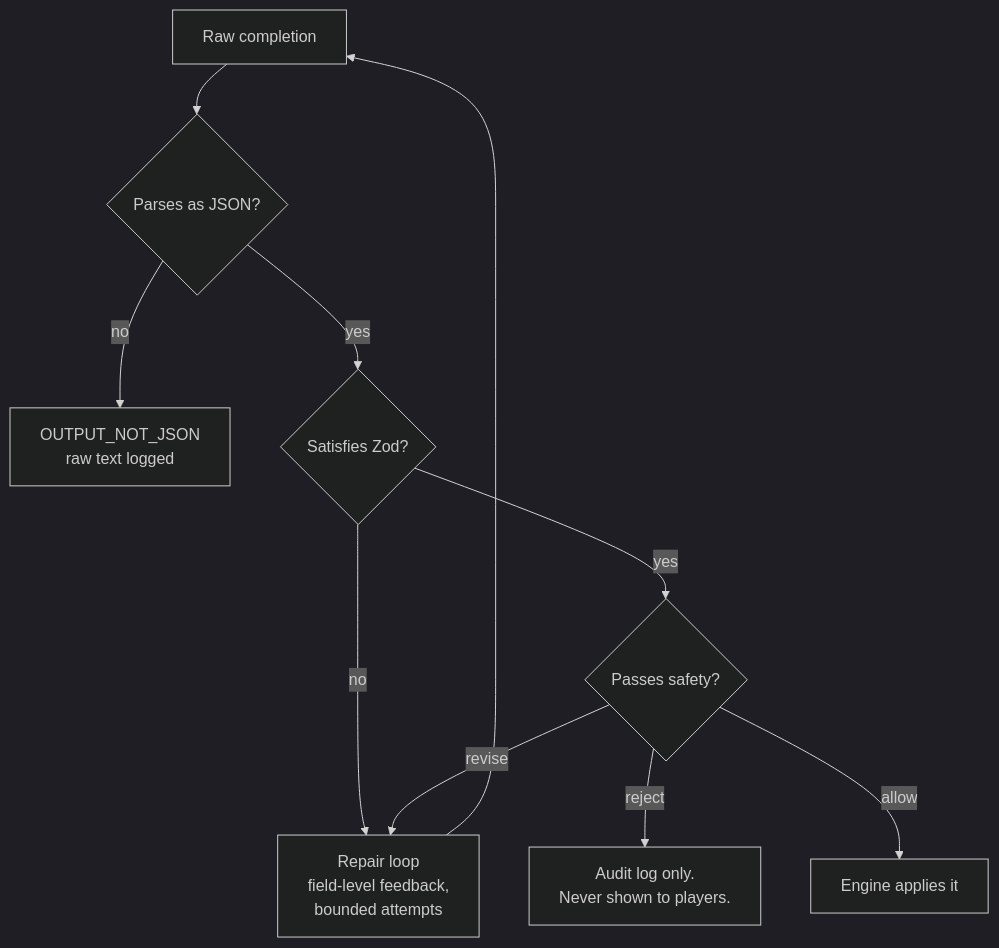
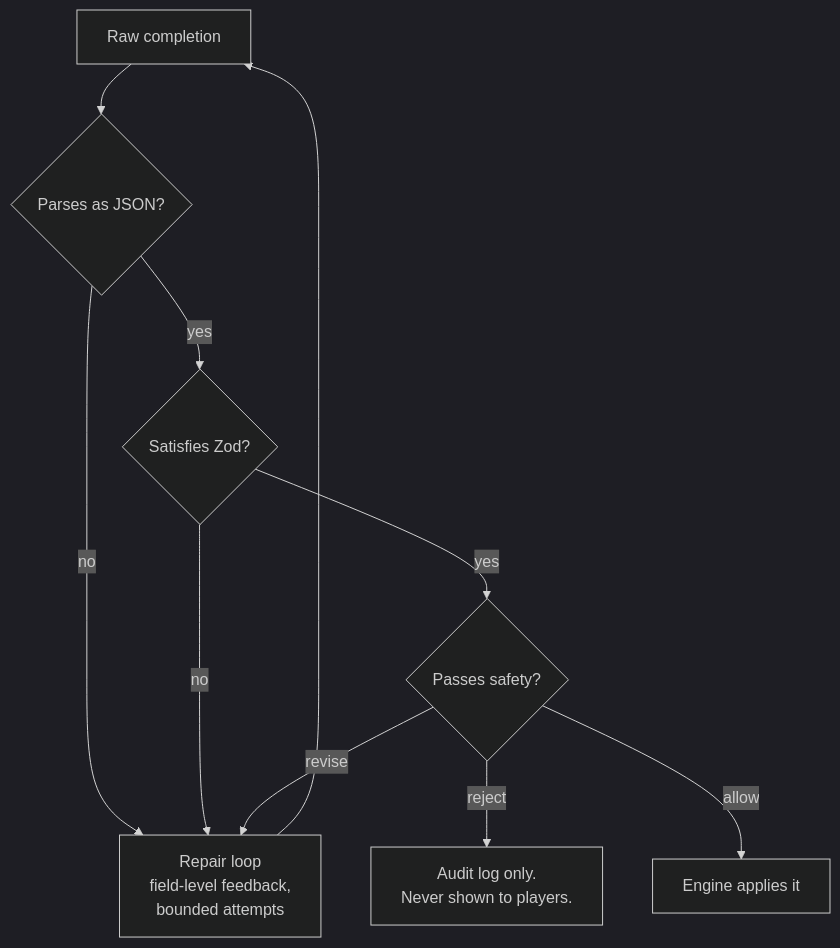
The second of 2 diagrams in AI.md (SHWETANK-SAURABH/touchgrass-game-master), drawn with Mermaid (dark theme) before and after one commit. The commit also changed other lines of this file and 25 other files, not shown here.

````diff
--- a/AI.md
+++ b/AI.md
@@ -184,12 +184,12 @@
 ```mermaid
 flowchart TD
     Raw["Raw completion"] --> J{"Parses as JSON?"}
-    J -- no --> F1["OUTPUT_NOT_JSON<br/>raw text logged"]
+    J -- no --> R
     J -- yes --> Z{"Satisfies Zod?"}
     Z -- no --> R["Repair loop<br/>field-level feedback,<br/>bounded attempts"]
     R --> Raw
     Z -- yes --> S{"Passes safety?"}
     S -- "revise" --> R
     S -- "reject" --> F2["Audit log only.<br/>Never shown to players."]
     S -- "allow" --> E["Engine applies it"]
 ```
````
